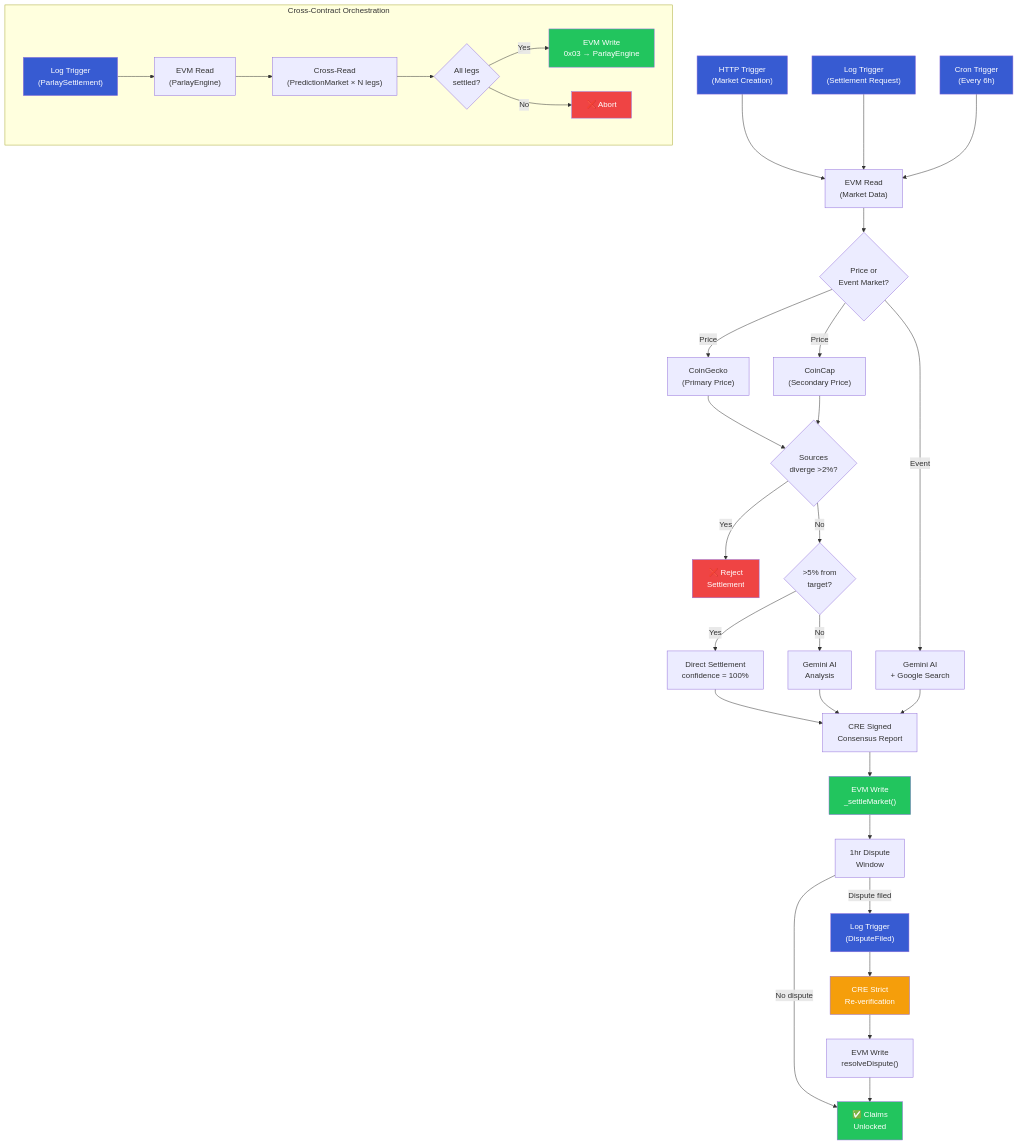
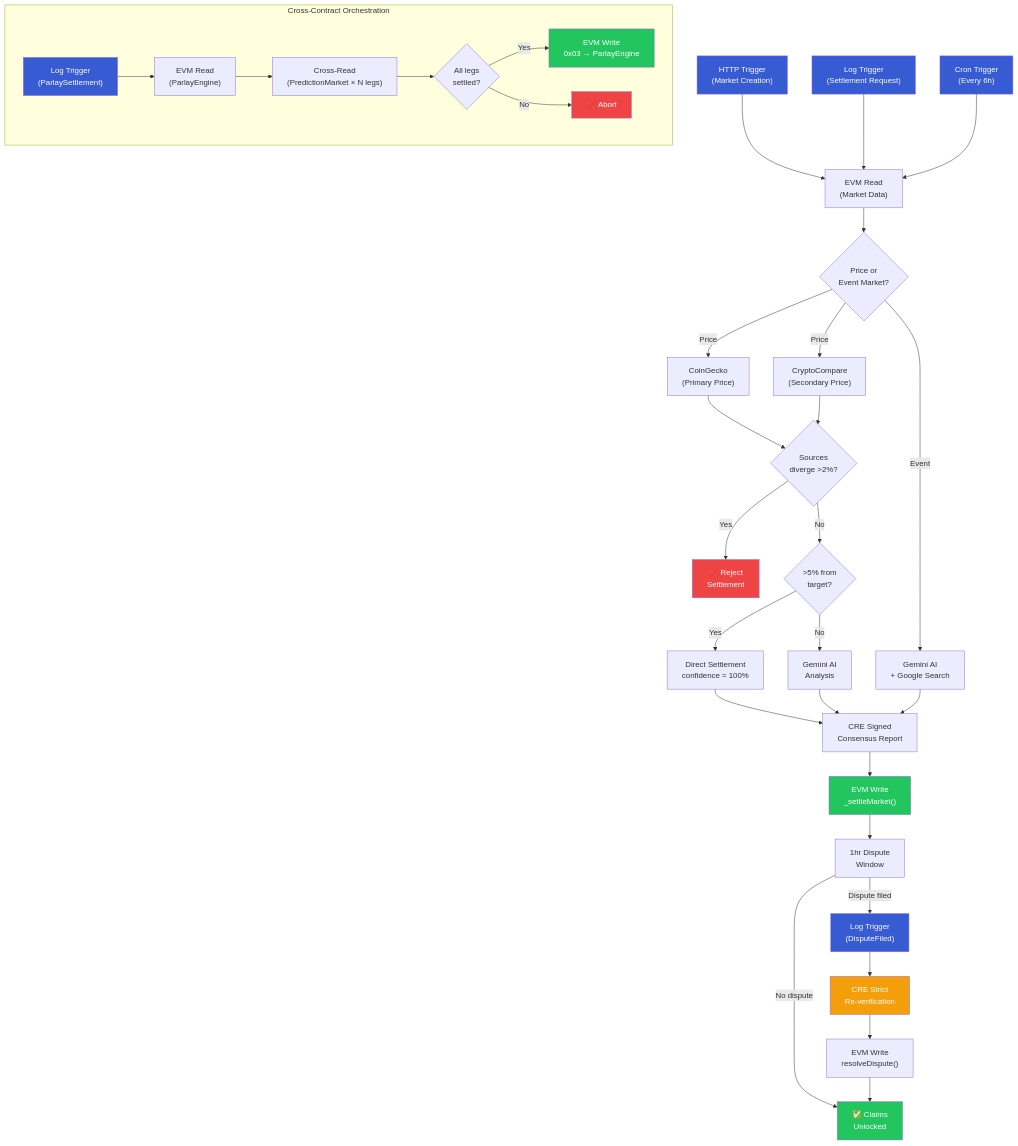
Before and after one commit to YuxiangJiangCT/oracle-settler: the first of 2 diagrams in README.md, drawn with Mermaid. The commit also changed other lines of this file and 10 other files, not shown here.

First line of the commit message:
refactor: Replace CoinCap with CryptoCompare across entire stack

````diff
--- a/README.md
+++ b/README.md
@@ -63,43 +63,43 @@
 ```mermaid
 flowchart TD
     HTTP["HTTP Trigger<br/>(Market Creation)"] --> READ["EVM Read<br/>(Market Data)"]
     LOG["Log Trigger<br/>(Settlement Request)"] --> READ
     CRON["Cron Trigger<br/>(Every 6h)"] --> READ
     READ --> TYPE{"Price or<br/>Event Market?"}
     TYPE -- "Price" --> CG["CoinGecko<br/>(Primary Price)"]
-    TYPE -- "Price" --> CC["CoinCap<br/>(Secondary Price)"]
+    TYPE -- "Price" --> CC["CryptoCompare<br/>(Secondary Price)"]
     TYPE -- "Event" --> AI2["Gemini AI<br/>+ Google Search"]
     CG & CC --> DIV{"Sources<br/>diverge >2%?"}
     DIV -- "Yes" --> REJECT["❌ Reject<br/>Settlement"]
     DIV -- "No" --> THRESH{">5% from<br/>target?"}
     THRESH -- "Yes" --> DIRECT["Direct Settlement<br/>confidence = 100%"]
     THRESH -- "No" --> AI["Gemini AI<br/>Analysis"]
     DIRECT & AI & AI2 --> CONSENSUS["CRE Signed<br/>Consensus Report"]
     CONSENSUS --> WRITE["EVM Write<br/>_settleMarket()"]
     WRITE --> WINDOW["1hr Dispute<br/>Window"]
     WINDOW -- "No dispute" --> CLAIM["✅ Claims<br/>Unlocked"]
     WINDOW -- "Dispute filed" --> DLOG["Log Trigger<br/>(DisputeFiled)"]
     DLOG --> STRICT["CRE Strict<br/>Re-verification"]
     STRICT --> RESOLVE["EVM Write<br/>resolveDispute()"]
     RESOLVE --> CLAIM
 
     subgraph Parlay["Cross-Contract Orchestration"]
         PLOG["Log Trigger<br/>(ParlaySettlement)"] --> PREAD["EVM Read<br/>(ParlayEngine)"]
         PREAD --> XREAD["Cross-Read<br/>(PredictionMarket × N legs)"]
         XREAD --> PVERIFY{"All legs<br/>settled?"}
         PVERIFY -- "Yes" --> PWRITE["EVM Write<br/>0x03 → ParlayEngine"]
         PVERIFY -- "No" --> PREJECT["❌ Abort"]
     end
 
     style HTTP fill:#375BD2,color:#fff
     style LOG fill:#375BD2,color:#fff
     style CRON fill:#375BD2,color:#fff
     style DLOG fill:#375BD2,color:#fff
     style PLOG fill:#375BD2,color:#fff
     style REJECT fill:#ef4444,color:#fff
     style PREJECT fill:#ef4444,color:#fff
     style WRITE fill:#22c55e,color:#fff
     style PWRITE fill:#22c55e,color:#fff
     style CLAIM fill:#22c55e,color:#fff
     style STRICT fill:#f59e0b,color:#fff
 ```
````
